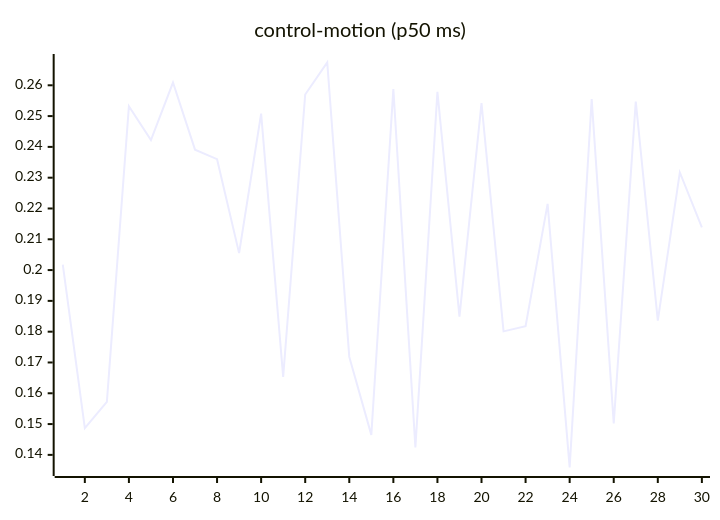
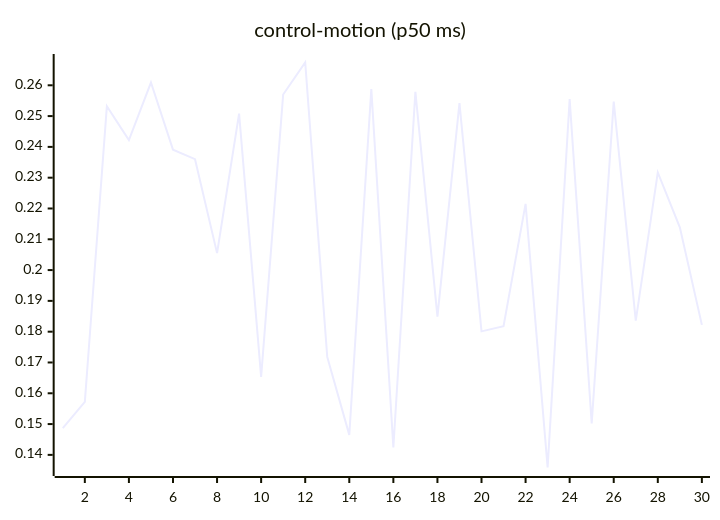
One commit to josha/Facet changed the seventh of 27 diagrams in README.md. Above: the diagram before and after it, drawn with Mermaid. The commit also changed other lines of this file and 2 other files, not shown here.

````diff
--- a/README.md
+++ b/README.md
@@ -105,6 +105,6 @@
 ```mermaid
 xychart-beta
     title "control-motion (p50 ms)"
     x-axis 1 --> 30
-    line [0.2018, 0.1487, 0.1572, 0.2532, 0.2422, 0.2609, 0.2391, 0.2360, 0.2055, 0.2508, 0.1653, 0.2570, 0.2674, 0.1718, 0.1465, 0.2588, 0.1424, 0.2579, 0.1849, 0.2542, 0.1801, 0.1818, 0.2215, 0.1359, 0.2555, 0.1502, 0.2547, 0.1836, 0.2317, 0.2139]
+    line [0.1487, 0.1572, 0.2532, 0.2422, 0.2609, 0.2391, 0.2360, 0.2055, 0.2508, 0.1653, 0.2570, 0.2674, 0.1718, 0.1465, 0.2588, 0.1424, 0.2579, 0.1849, 0.2542, 0.1801, 0.1818, 0.2215, 0.1359, 0.2555, 0.1502, 0.2547, 0.1836, 0.2317, 0.2139, 0.1822]
 ```
````
